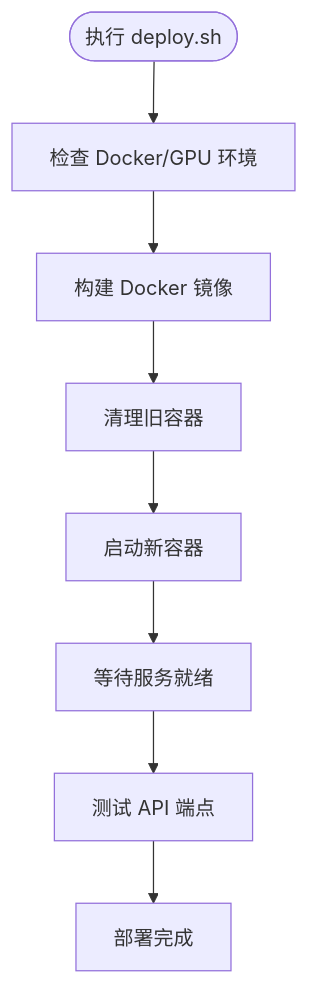
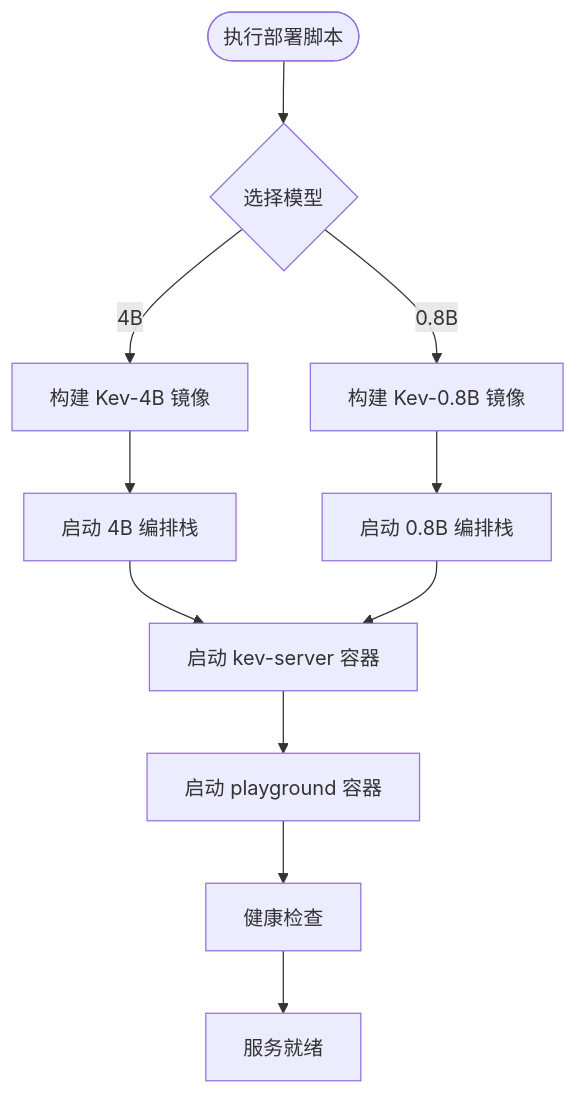
Before and after one commit to joezxh/kev: the third of 8 diagrams in .qoder/repowiki/zh/content/部署指南/部署指南.md, drawn with Mermaid. The commit also changed other lines of this file and 193 other files, not shown here.

````diff
--- a/.qoder/repowiki/zh/content/部署指南/部署指南.md
+++ b/.qoder/repowiki/zh/content/部署指南/部署指南.md
@@ -187,10 +191,13 @@
 ```mermaid
-graph TD
-Start(["执行 deploy.sh"]) --> CheckEnv["检查 Docker/GPU 环境"]
-CheckEnv --> BuildImage["构建 Docker 镜像"]
-BuildImage --> Cleanup["清理旧容器"]
-Cleanup --> StartContainer["启动新容器"]
-StartContainer --> WaitReady["等待服务就绪"]
-WaitReady --> TestAPI["测试 API 端点"]
-TestAPI --> Success["部署完成"]
+flowchart TD
+Start(["执行部署脚本"]) --> SelectModel{"选择模型"}
+SelectModel --> |4B| Build4B["构建 Kev-4B 镜像"]
+SelectModel --> |0.8B| Build08B["构建 Kev-0.8B 镜像"]
+Build4B --> StartCompose4B["启动 4B 编排栈"]
+Build08B --> StartCompose08B["启动 0.8B 编排栈"]
+StartCompose4B --> StartServer["启动 kev-server 容器"]
+StartCompose08B --> StartServer
+StartServer --> StartPlayground["启动 playground 容器"]
+StartPlayground --> HealthCheck["健康检查"]
+HealthCheck --> Ready["服务就绪"]
 ```
````
